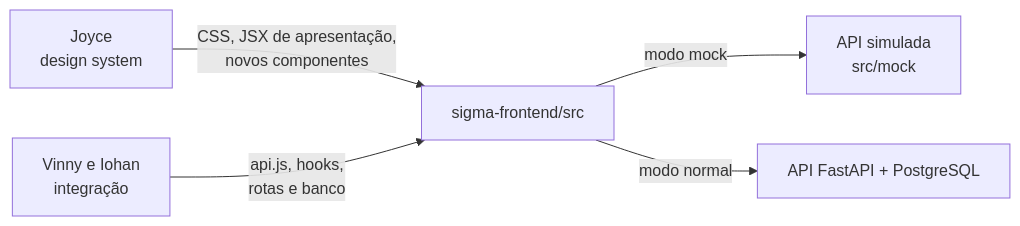
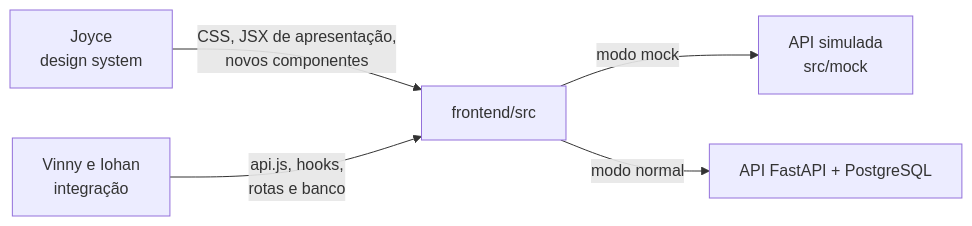
One commit to Solution-Explores/SigmaTI changed the diagram in design-system/README.md. Above: the diagram before and after it, drawn with Mermaid. The commit also changed other lines of this file and 120 other files, not shown here.

First line of the commit message:
docs(design-system): adequar o material da Joyce a base nova

````diff
--- a/design-system/README.md
+++ b/design-system/README.md
@@ -28,7 +28,7 @@
 ```mermaid
 flowchart LR
-  J[Joyce<br/>design system] -->|CSS, JSX de apresentação,<br/>novos componentes| F[sigma-frontend/src]
+  J[Joyce<br/>design system] -->|CSS, JSX de apresentação,<br/>novos componentes| F[frontend/src]
   V[Vinny e Iohan<br/>integração] -->|api.js, hooks,<br/>rotas e banco| F
   F -->|modo mock| M[API simulada<br/>src/mock]
   F -->|modo normal| A[API FastAPI + PostgreSQL]
 ```
````
